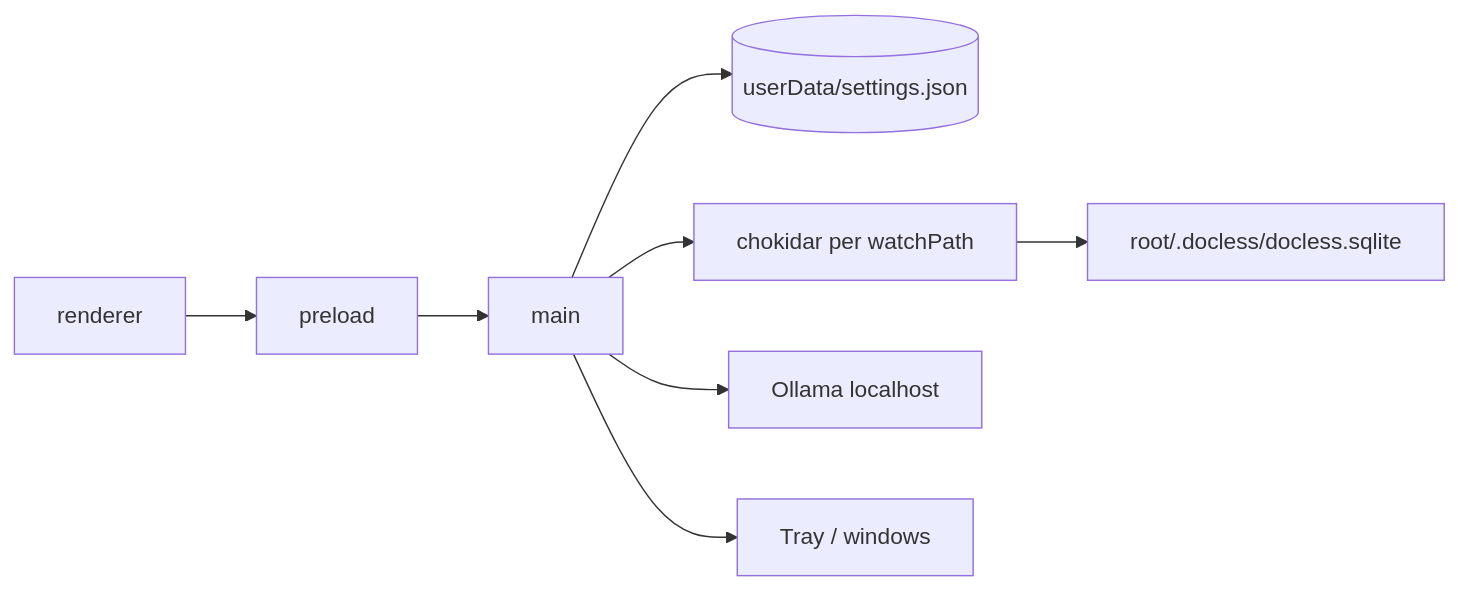
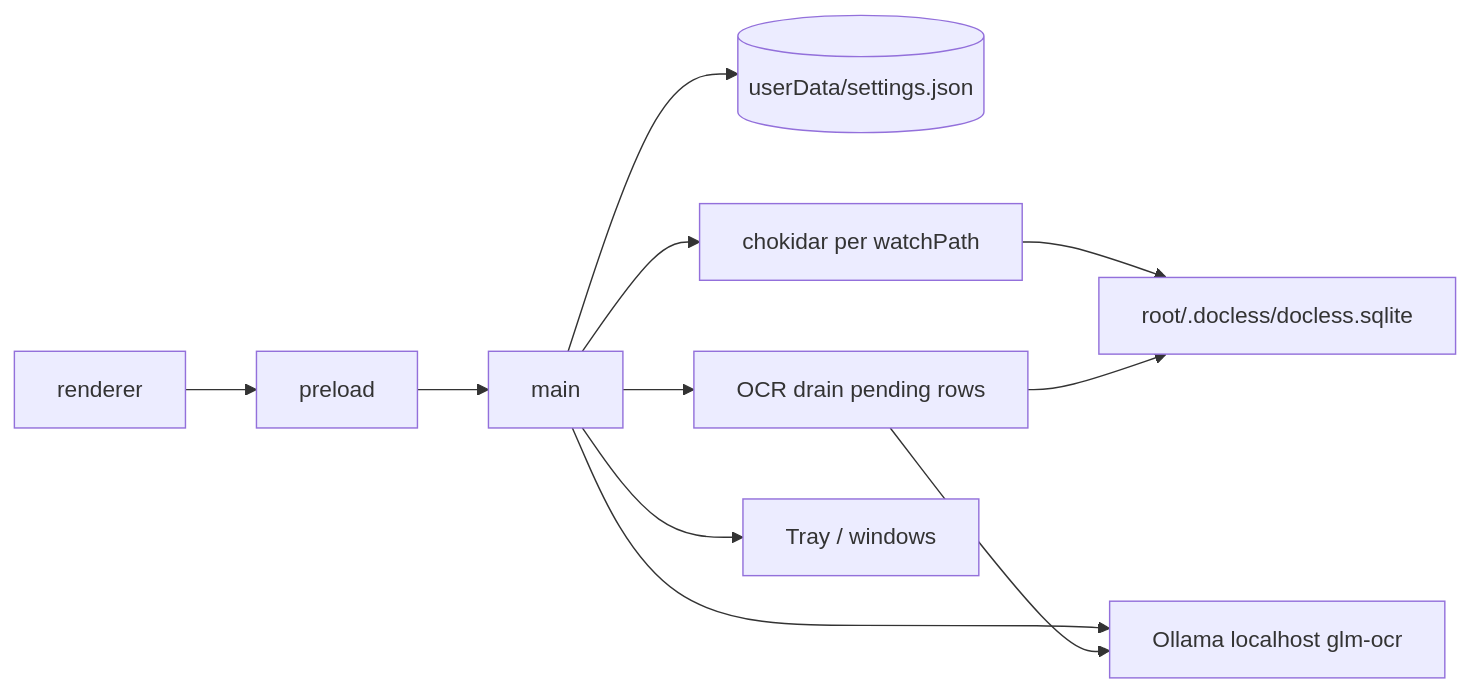
The diagram in docs/architecture.md (TheGoatedDev/Docless), drawn with Mermaid before and after one commit. The commit also changed other lines of this file and 6 other files, not shown here.

First line of the commit message:
feat: ocr pending docs via local glm-ocr (TGD-99)

````diff
--- a/docs/architecture.md
+++ b/docs/architecture.md
@@ -23,9 +23,12 @@
 ```mermaid
 flowchart LR
   renderer --> preload --> main
   main --> settings[(userData/settings.json)]
   main --> watch[chokidar per watchPath]
   watch --> docless["root/.docless/docless.sqlite"]
-  main --> ollama[Ollama localhost]
+  main --> ollama[Ollama localhost glm-ocr]
+  main --> ocr[OCR drain pending rows]
+  ocr --> ollama
+  ocr --> docless
   main --> tray[Tray / windows]
 ```
````
